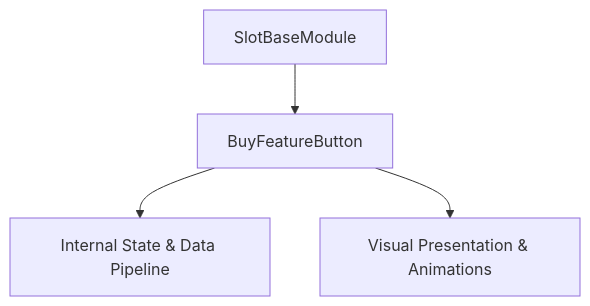
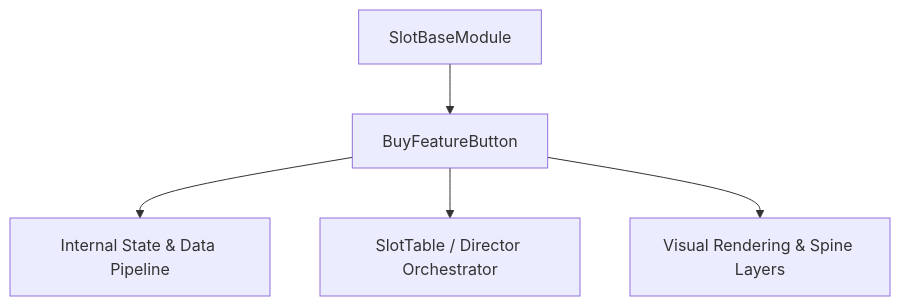
Before and after one commit to lam-ark/mcp-fwcc: the diagram in docs/cc_slot_mechanics/modules/BuyFeatureButton/01_overview/01_architecture_and_role.md, drawn with Mermaid. The commit also changed other lines of this file and 2509 other files, not shown here.

````diff
--- a/docs/cc_slot_mechanics/modules/BuyFeatureButton/01_overview/01_architecture_and_role.md
+++ b/docs/cc_slot_mechanics/modules/BuyFeatureButton/01_overview/01_architecture_and_role.md
@@ -18,6 +24,7 @@
 ```mermaid
 graph TD
-    Parent[SlotBaseModule] --> Mod[BuyFeatureButton]
-    Mod --> State[Internal State & Data Pipeline]
-    Mod --> Render[Visual Presentation & Animations]
+    SuperClass[SlotBaseModule] --> TargetClass[BuyFeatureButton]
+    TargetClass --> DataPipeline[Internal State & Data Pipeline]
+    TargetClass --> Orchestrator[SlotTable / Director Orchestrator]
+    TargetClass --> ViewLayer[Visual Rendering & Spine Layers]
 ```
````
